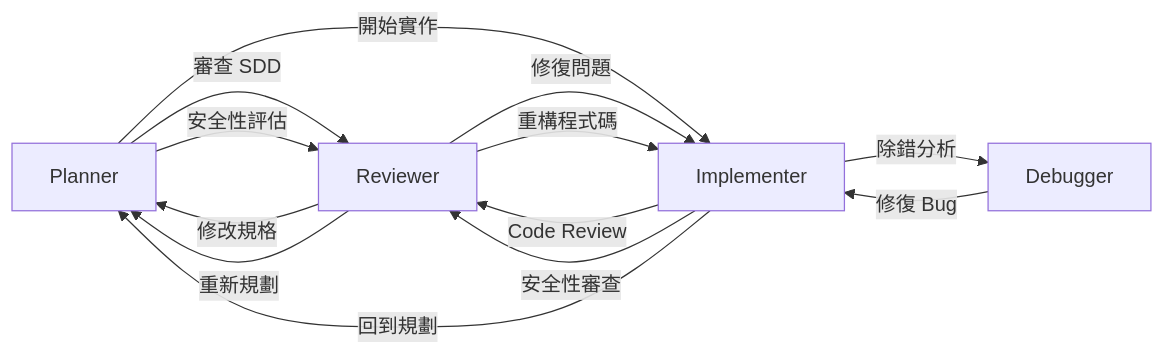
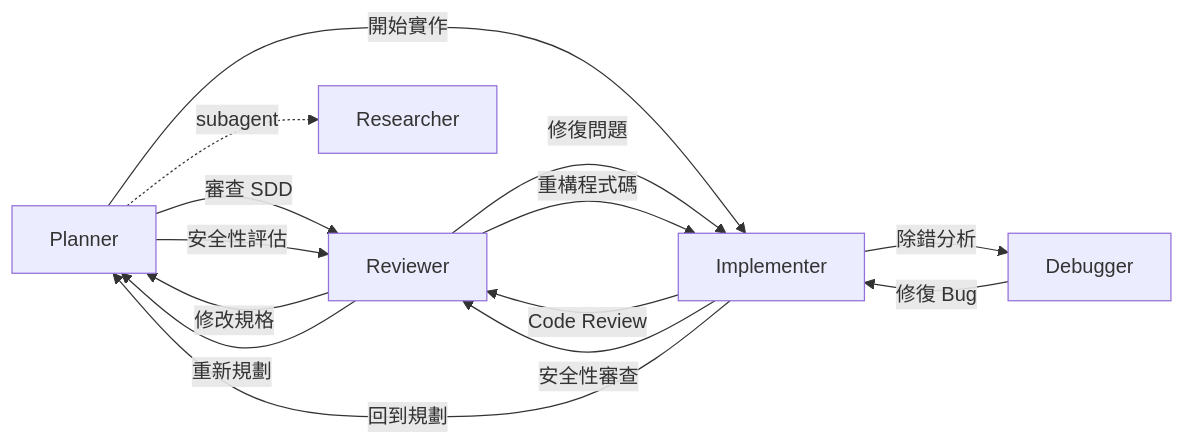
Before and after one commit to zexion7873/copilot-setting: the third of 3 diagrams in README.zh-TW.md, drawn with Mermaid. The commit also changed other lines of this file and 4 other files, not shown here.

First line of the commit message:
feat(agents): add Researcher as read-only subagent for Planner

````diff
--- a/README.zh-TW.md
+++ b/README.zh-TW.md
@@ -120,18 +121,19 @@
 ```mermaid
 flowchart LR
     Planner -->|"審查 SDD"| Reviewer
     Planner -->|"開始實作"| Implementer
     Planner -->|"安全性評估"| Reviewer
+    Planner -.->|"subagent"| Researcher
 
     Implementer -->|"Code Review"| Reviewer
     Implementer -->|"安全性審查"| Reviewer
     Implementer -->|"除錯分析"| Debugger
     Implementer -->|"回到規劃"| Planner
 
     Reviewer -->|"修復問題"| Implementer
     Reviewer -->|"重構程式碼"| Implementer
     Reviewer -->|"修改規格"| Planner
     Reviewer -->|"重新規劃"| Planner
 
     Debugger -->|"修復 Bug"| Implementer
 ```
````
